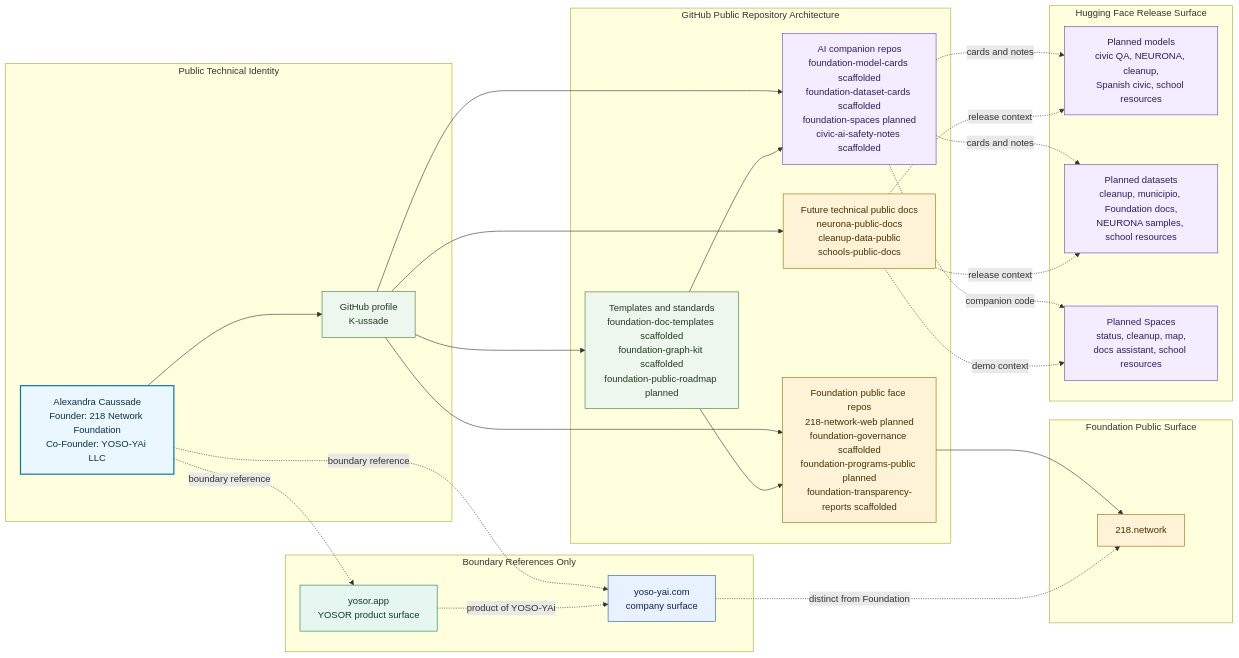
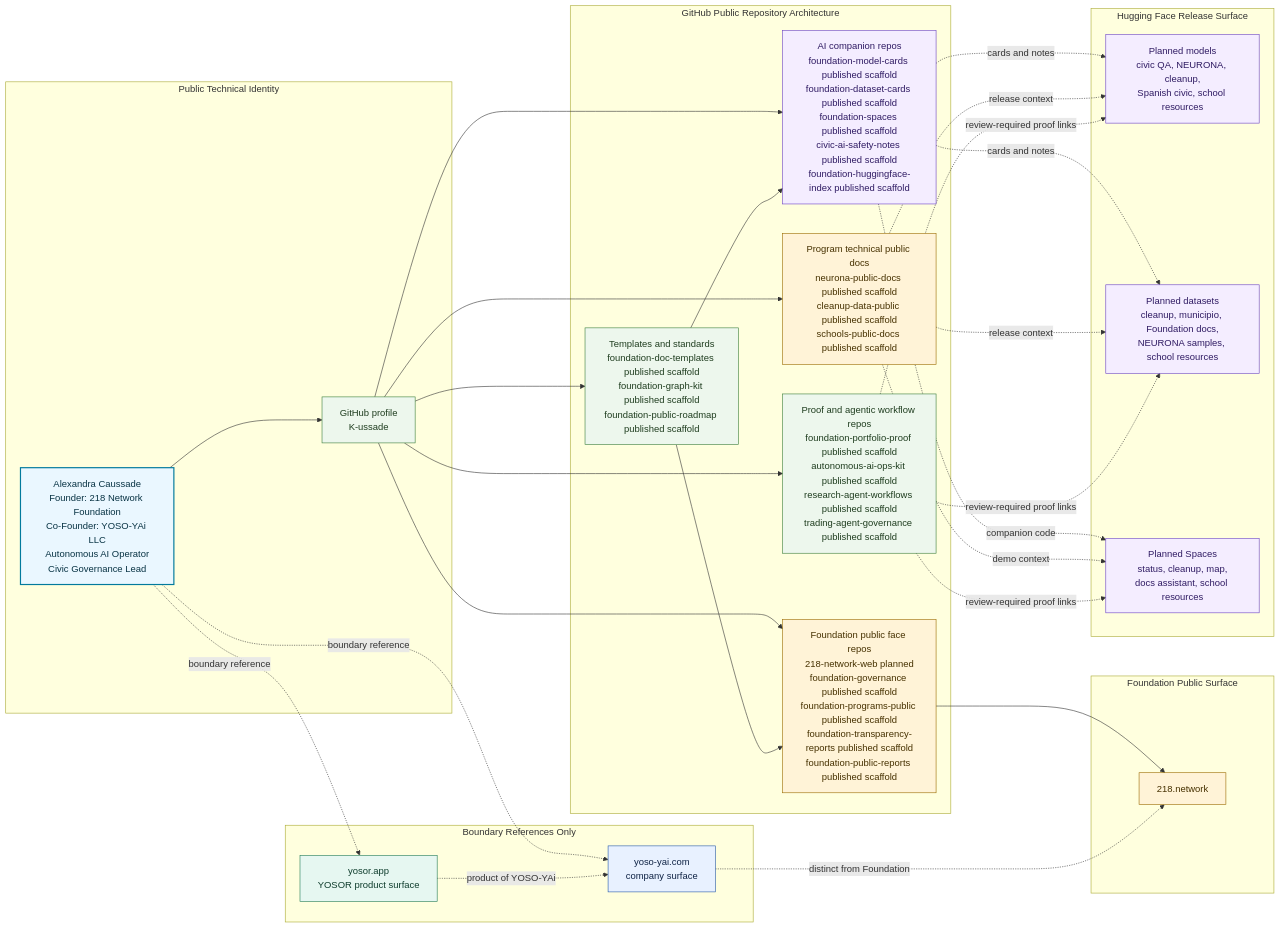
Before and after one commit to K-ussade/K-ussade: the first of 2 diagrams in VISUALS.md, drawn with Mermaid. The commit also changed other lines of this file and 2 other files, not shown here.

Commit message:
Align profile with public proof stack

````diff
--- a/VISUALS.md
+++ b/VISUALS.md
@@ -9,55 +9,60 @@
 ```mermaid
 flowchart LR
   subgraph identity["Public Technical Identity"]
-    alexandra["Alexandra Caussade<br/>Founder: 218 Network Foundation<br/>Co-Founder: YOSO-YAi LLC"]:::authority
+    alexandra["Alexandra Caussade<br/>Founder: 218 Network Foundation<br/>Co-Founder: YOSO-YAi LLC<br/>Autonomous AI Operator<br/>Civic Governance Lead"]:::authority
     profile["GitHub profile<br/>K-ussade"]:::public
   end
 
   subgraph foundationDomain["Foundation Public Surface"]
     network["218.network"]:::foundation
   end
 
   subgraph boundaryRefs["Boundary References Only"]
     yoso["yoso-yai.com<br/>company surface"]:::company
     yosor["yosor.app<br/>YOSOR product surface"]:::product
   end
 
   subgraph github["GitHub Public Repository Architecture"]
-    publicFace["Foundation public face repos<br/>218-network-web planned<br/>foundation-governance scaffolded<br/>foundation-programs-public planned<br/>foundation-transparency-reports scaffolded"]:::foundation
-    aiCompanions["AI companion repos<br/>foundation-model-cards scaffolded<br/>foundation-dataset-cards scaffolded<br/>foundation-spaces planned<br/>civic-ai-safety-notes scaffolded"]:::release
-    standards["Templates and standards<br/>foundation-doc-templates scaffolded<br/>foundation-graph-kit scaffolded<br/>foundation-public-roadmap planned"]:::public
-    programDocs["Future technical public docs<br/>neurona-public-docs<br/>cleanup-data-public<br/>schools-public-docs"]:::foundation
+    publicFace["Foundation public face repos<br/>218-network-web planned<br/>foundation-governance published scaffold<br/>foundation-programs-public published scaffold<br/>foundation-transparency-reports published scaffold<br/>foundation-public-reports published scaffold"]:::foundation
+    aiCompanions["AI companion repos<br/>foundation-model-cards published scaffold<br/>foundation-dataset-cards published scaffold<br/>foundation-spaces published scaffold<br/>civic-ai-safety-notes published scaffold<br/>foundation-huggingface-index published scaffold"]:::release
+    standards["Templates and standards<br/>foundation-doc-templates published scaffold<br/>foundation-graph-kit published scaffold<br/>foundation-public-roadmap published scaffold"]:::public
+    programDocs["Program technical public docs<br/>neurona-public-docs published scaffold<br/>cleanup-data-public published scaffold<br/>schools-public-docs published scaffold"]:::foundation
+    proofOps["Proof and agentic workflow repos<br/>foundation-portfolio-proof published scaffold<br/>autonomous-ai-ops-kit published scaffold<br/>research-agent-workflows published scaffold<br/>trading-agent-governance published scaffold"]:::public
   end
 
   subgraph hf["Hugging Face Release Surface"]
     models["Planned models<br/>civic QA, NEURONA, cleanup,<br/>Spanish civic, school resources"]:::release
     datasets["Planned datasets<br/>cleanup, municipio, Foundation docs,<br/>NEURONA samples, school resources"]:::release
     spaces["Planned Spaces<br/>status, cleanup, map,<br/>docs assistant, school resources"]:::release
   end
 
   alexandra --> profile
   profile --> publicFace
   profile --> aiCompanions
   profile --> standards
   profile --> programDocs
+  profile --> proofOps
   publicFace --> network
   aiCompanions -. cards and notes .-> models
   aiCompanions -. cards and notes .-> datasets
   aiCompanions -. companion code .-> spaces
   standards --> publicFace
   standards --> aiCompanions
   programDocs -. release context .-> models
   programDocs -. release context .-> datasets
   programDocs -. demo context .-> spaces
+  proofOps -. review-required proof links .-> models
+  proofOps -. review-required proof links .-> datasets
+  proofOps -. review-required proof links .-> spaces
   alexandra -. boundary reference .-> yoso
   alexandra -. boundary reference .-> yosor
   yoso -. distinct from Foundation .-> network
   yosor -. product of YOSO-YAi .-> yoso
 
   classDef company fill:#e8f1ff,stroke:#2457a6,color:#0f2345;
   classDef product fill:#e6f7f1,stroke:#1f7a55,color:#0f3d2d;
   classDef foundation fill:#fff3d7,stroke:#9a6b00,color:#463100;
   classDef public fill:#edf7ed,stroke:#3a7d3a,color:#1f3d1f;
   classDef release fill:#f4edff,stroke:#6941c6,color:#2f1b63;
   classDef authority fill:#eaf7ff,stroke:#027a9d,stroke-width:2px,color:#083344;
 ```
````
